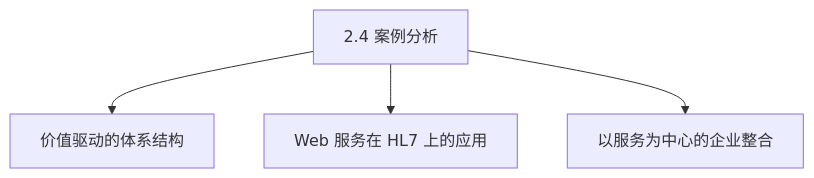
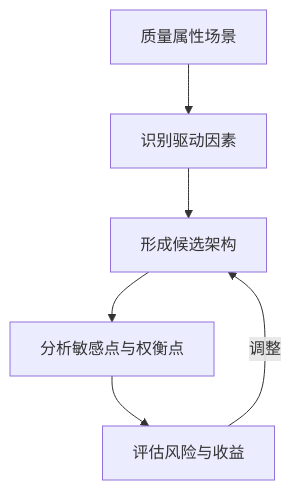
Before and after one commit to mingf423/ruankao: the second of 9 diagrams in docs/system-architecture-designer/01_官方大纲与考试政策/02_案例分析大纲脑图.md, drawn with Mermaid. The commit also changed other lines of this file, not shown here.

Commit message:
Redesign case diagrams as concise architecture concept maps

````diff
--- a/docs/system-architecture-designer/01_官方大纲与考试政策/02_案例分析大纲脑图.md
+++ b/docs/system-architecture-designer/01_官方大纲与考试政策/02_案例分析大纲脑图.md
@@ -115,10 +22,8 @@
 ```mermaid
 flowchart TD
-  R["2.4 案例分析"]
-  N1["价值驱动的体系结构"]
-  R --> N1
-  N2["Web 服务在 HL7 上的应用"]
-  R --> N2
-  N3["以服务为中心的企业整合"]
-  R --> N3
+  A["质量属性场景"] --> B["识别驱动因素"]
+  B --> C["形成候选架构"]
+  C --> D["分析敏感点与权衡点"]
+  D --> E["评估风险与收益"]
+  E -->|"调整"| C
 ```
````
